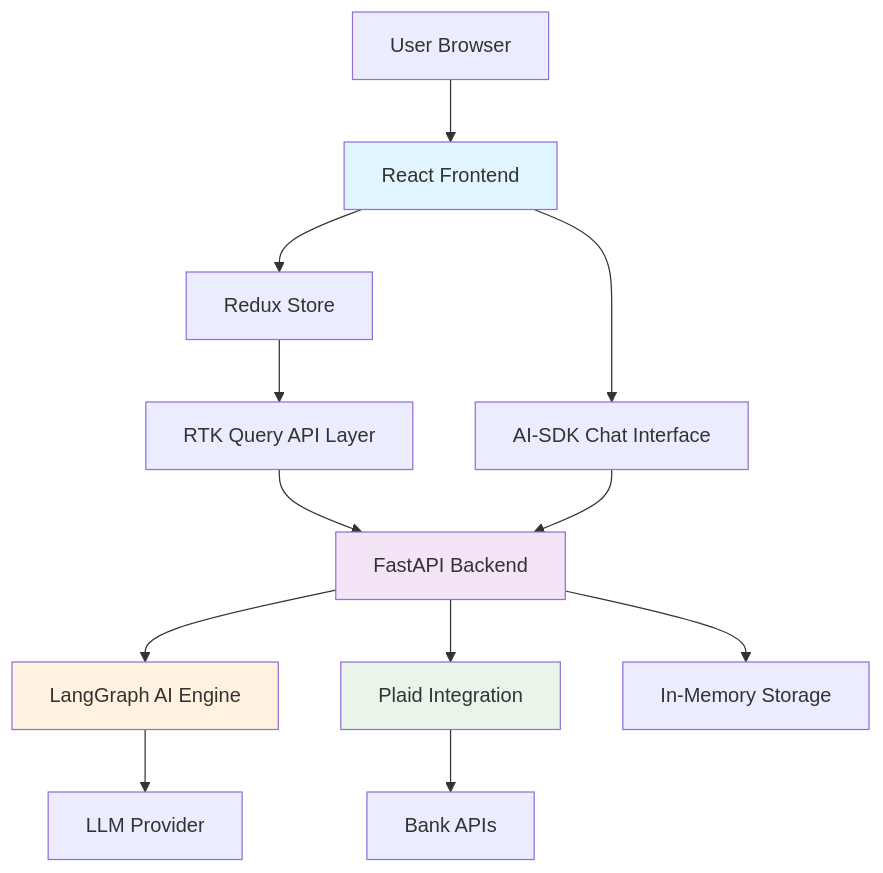
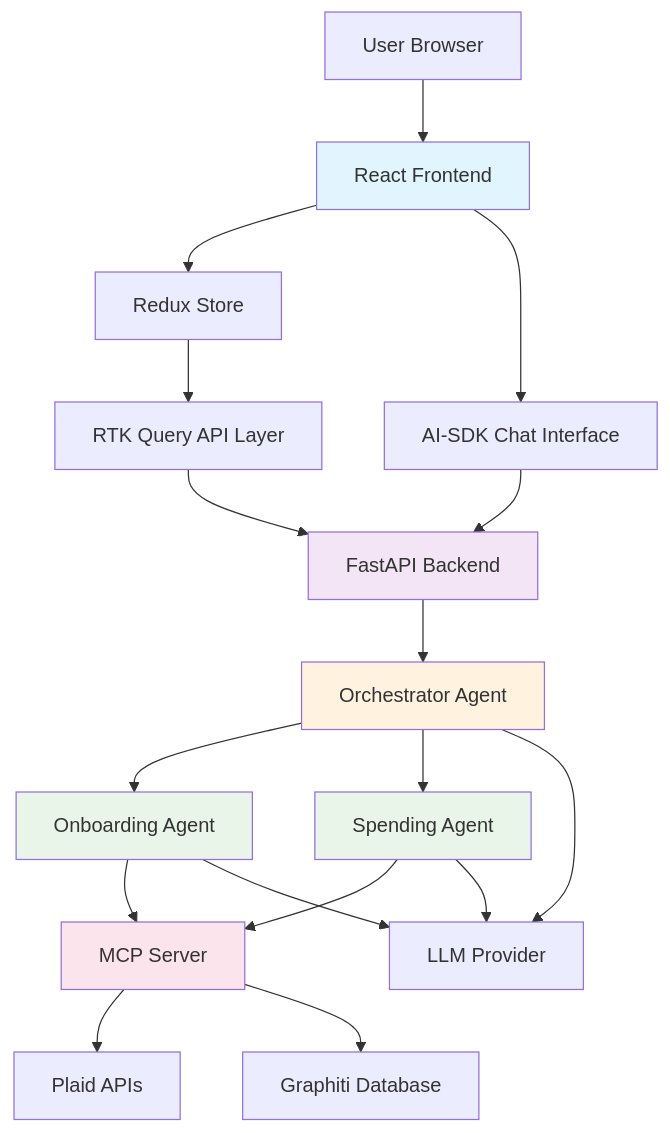
One commit to FinAssistant/financial-assistant changed the diagram in docs/architecture/high-level-architecture.md. Above: the diagram before and after it, drawn with Mermaid. The commit also changed other lines of this file and 4 other files, not shown here.

````diff
--- a/docs/architecture/high-level-architecture.md
+++ b/docs/architecture/high-level-architecture.md
@@ -34,21 +36,28 @@
 ```mermaid
 graph TD
     A[User Browser] --> B[React Frontend]
     B --> C[Redux Store]
     C --> D[RTK Query API Layer]
     D --> E[FastAPI Backend]
-    E --> F[LangGraph AI Engine]
-    E --> G[Plaid Integration]
-    E --> H[In-Memory Storage]
+    E --> F[Orchestrator Agent]
+    F --> G[Onboarding Agent]
+    F --> H[Spending Agent]
+    G --> I[MCP Server]
+    H --> I
+    I --> J[Plaid APIs]
+    I --> K[Graphiti Database]
     
-    F --> I[LLM Provider]
-    G --> J[Bank APIs]
+    F --> L[LLM Provider]
+    G --> L
+    H --> L
     
-    B --> K[AI-SDK Chat Interface]
-    K --> E
+    B --> M[AI-SDK Chat Interface]
+    M --> E
     
     style B fill:#e1f5fe
     style E fill:#f3e5f5
     style F fill:#fff3e0
     style G fill:#e8f5e8
+    style H fill:#e8f5e8
+    style I fill:#fce4ec
 ```
````
